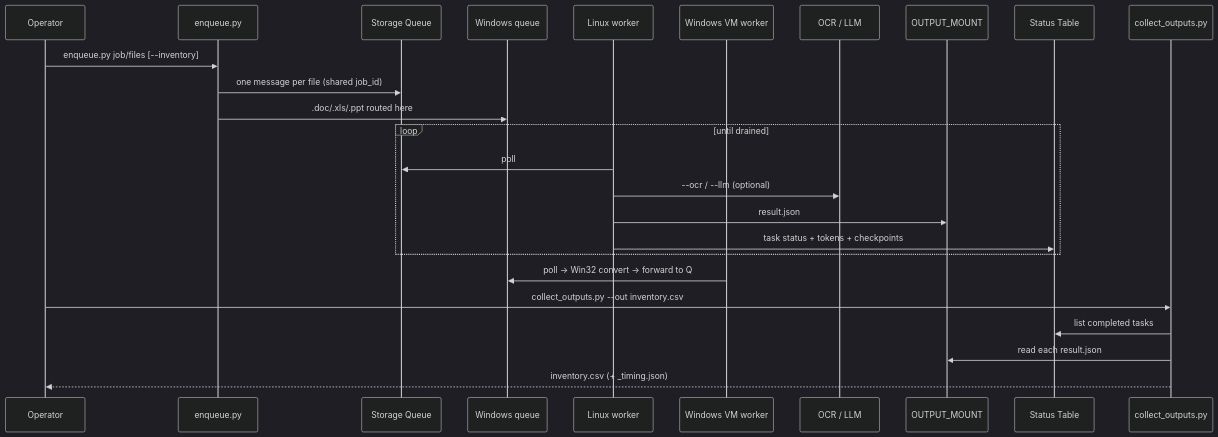
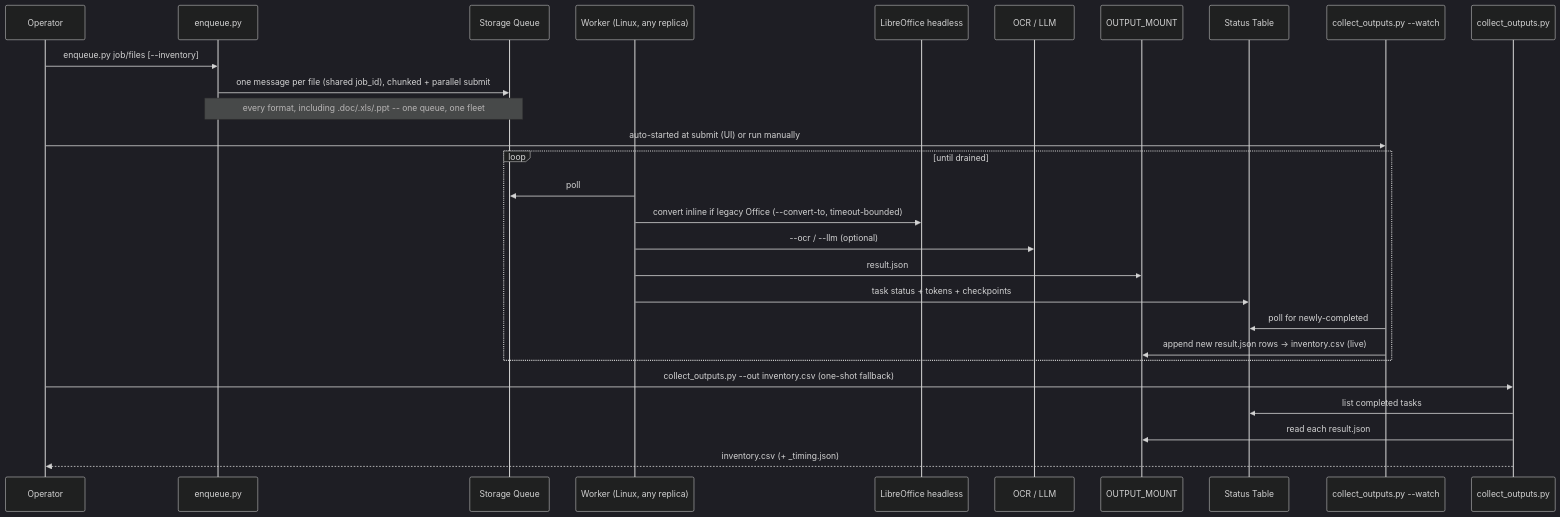
One commit to anilksharma1/dev-anil-hwe changed the seventh of 9 diagrams in ARCHITECTURE.md. Above: the diagram before and after it, drawn with Mermaid (dark theme). The commit also changed other lines of this file and 21 other files, not shown here.

````diff
--- a/ARCHITECTURE.md
+++ b/ARCHITECTURE.md
@@ -443,28 +444,31 @@
 ```mermaid
 sequenceDiagram
     participant Op as Operator
     participant Enq as enqueue.py
     participant Q as Storage Queue
-    participant WQ as Windows queue
-    participant W as Linux worker
-    participant WVM as Windows VM worker
+    participant W as Worker (Linux, any replica)
+    participant LO as LibreOffice headless
     participant DI as OCR / LLM
     participant Out as OUTPUT_MOUNT
     participant Tbl as Status Table
+    participant Wtc as collect_outputs.py --watch
     participant Col as collect_outputs.py
 
     Op->>Enq: enqueue.py job/files [--inventory]
-    Enq->>Q: one message per file (shared job_id)
-    Enq->>WQ: .doc/.xls/.ppt routed here
+    Enq->>Q: one message per file (shared job_id), chunked + parallel submit
+    Note over Enq,Q: every format, including .doc/.xls/.ppt -- one queue, one fleet
+    Op->>Wtc: auto-started at submit (UI) or run manually
     loop until drained
         W->>Q: poll
+        W->>LO: convert inline if legacy Office (--convert-to, timeout-bounded)
         W->>DI: --ocr / --llm (optional)
         W->>Out: result.json
         W->>Tbl: task status + tokens + checkpoints
+        Wtc->>Tbl: poll for newly-completed
+        Wtc->>Out: append new result.json rows -> inventory.csv (live)
     end
-    WVM->>WQ: poll → Win32 convert → forward to Q
-    Op->>Col: collect_outputs.py --out inventory.csv
+    Op->>Col: collect_outputs.py --out inventory.csv (one-shot fallback)
     Col->>Tbl: list completed tasks
     Col->>Out: read each result.json
     Col-->>Op: inventory.csv (+ _timing.json)
 ```
````
